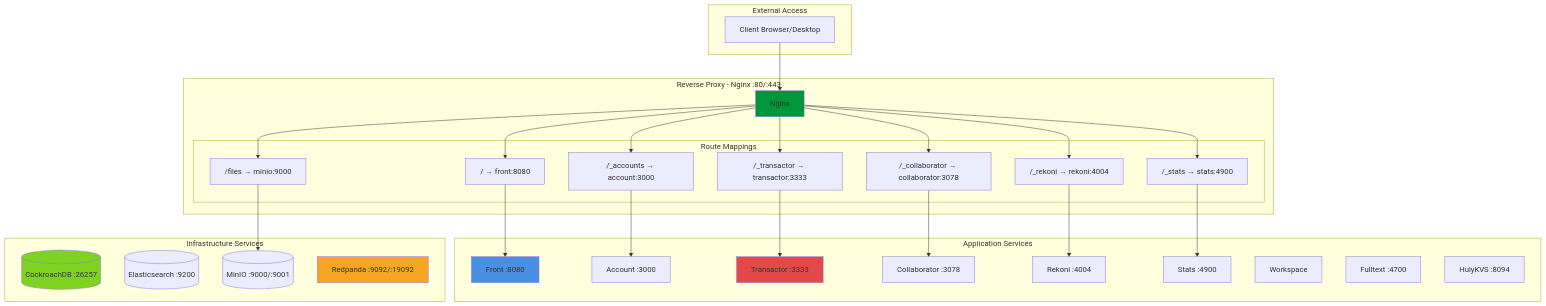
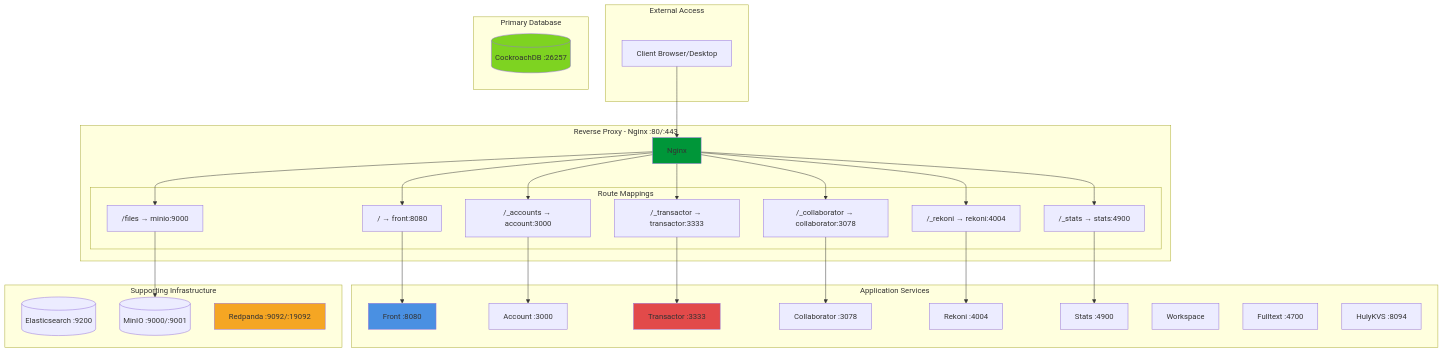
Before and after one commit to hcengineering/huly-selfhost: the third of 7 diagrams in ARCHITECTURE_DIAGRAMS.md, drawn with Mermaid. The commit also changed other lines of this file, not shown here.

Commit message:
Update diagram

````diff
--- a/ARCHITECTURE_DIAGRAMS.md
+++ b/ARCHITECTURE_DIAGRAMS.md
@@ -281,55 +165,58 @@
 ```mermaid
 graph TB
     subgraph "External Access"
         Client[Client Browser/Desktop]
     end
     
     subgraph "Reverse Proxy - Nginx :80/:443"
         Nginx[Nginx]
         
         subgraph "Route Mappings"
             R1["/ → front:8080"]
             R2["/_accounts → account:3000"]
             R3["/_transactor → transactor:3333"]
             R4["/_collaborator → collaborator:3078"]
             R5["/_rekoni → rekoni:4004"]
             R6["/_stats → stats:4900"]
             R7["/files → minio:9000"]
         end
     end
     
     subgraph "Application Services"
         Front[Front :8080]
         Account[Account :3000]
         Transactor[Transactor :3333]
         Collaborator[Collaborator :3078]
         Rekoni[Rekoni :4004]
         Stats[Stats :4900]
         Workspace[Workspace]
         Fulltext[Fulltext :4700]
         HulyKVS[HulyKVS :8094]
     end
     
-    subgraph "Infrastructure Services"
+    subgraph "Primary Database"
         CockroachDB[(CockroachDB :26257)]
+    end
+    
+    subgraph "Supporting Infrastructure"
         Elasticsearch[(Elasticsearch :9200)]
         Minio[(MinIO :9000/:9001)]
         Redpanda[Redpanda :9092/:19092]
     end
     
     Client --> Nginx
     
     Nginx --> R1 --> Front
     Nginx --> R2 --> Account
     Nginx --> R3 --> Transactor
     Nginx --> R4 --> Collaborator
     Nginx --> R5 --> Rekoni
     Nginx --> R6 --> Stats
     Nginx --> R7 --> Minio
     
     style Nginx fill:#009639
     style Front fill:#4A90E2
     style Transactor fill:#E24A4A
     style CockroachDB fill:#7ED321
     style Redpanda fill:#F5A623
 ```
````
